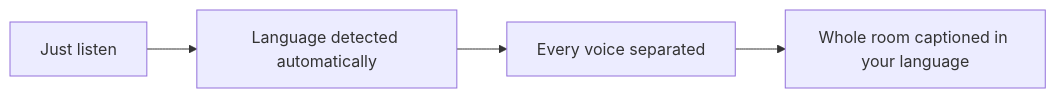
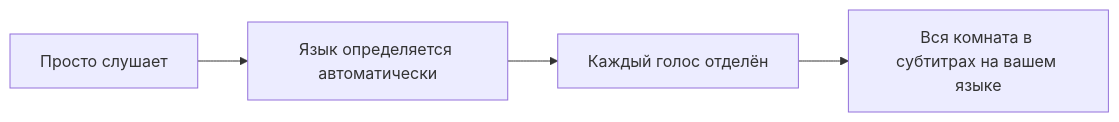
One commit to rpalm01-star/VigilantEarLegal changed the first of 4 diagrams in README_ru.md. Above: the diagram before and after it, drawn with Mermaid. The commit also changed other lines of this file and 29 other files, not shown here.

````diff
--- a/README_ru.md
+++ b/README_ru.md
@@ -62,4 +65,4 @@
 ```mermaid
 graph LR
-    A["Just listen"] --> B["Language detected automatically"] --> C["Every voice separated"] --> D["Whole room captioned in your language"]
+    A["Просто слушает"] --> B["Язык определяется автоматически"] --> C["Каждый голос отделён"] --> D["Вся комната в субтитрах на вашем языке"]
 ```
````
